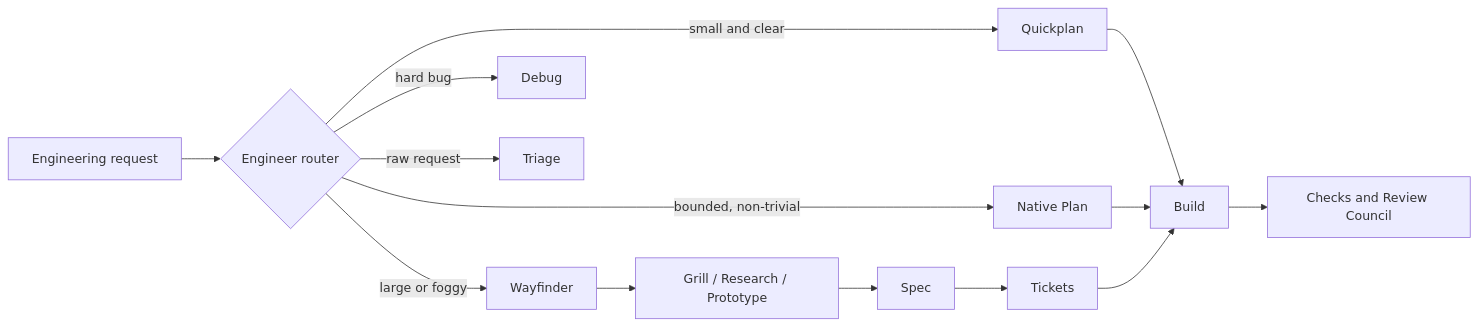
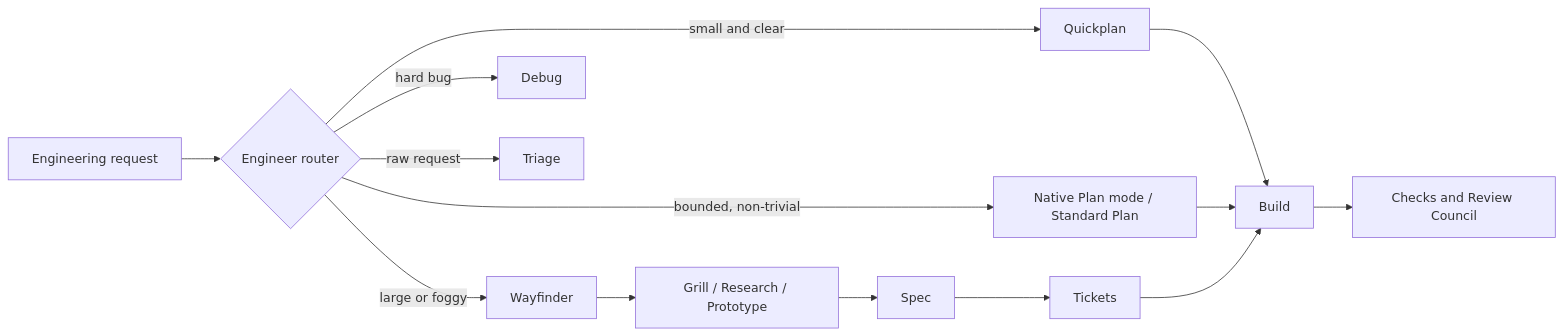
One commit to Mohammed-Moniem/codex-engineering-system changed the diagram in README.md. Above: the diagram before and after it, drawn with Mermaid. The commit also changed other lines of this file and 32 other files, not shown here.

````diff
--- a/README.md
+++ b/README.md
@@ -19,16 +19,16 @@
 ```mermaid
 flowchart LR
     A["Engineering request"] --> R{"Engineer router"}
     R -->|"small and clear"| Q["Quickplan"]
-    R -->|"bounded, non-trivial"| P["Native Plan"]
+    R -->|"bounded, non-trivial"| P["Native Plan mode / Standard Plan"]
     R -->|"large or foggy"| W["Wayfinder"]
     R -->|"hard bug"| D["Debug"]
     R -->|"raw request"| T["Triage"]
     W --> G["Grill / Research / Prototype"]
     G --> S["Spec"]
     Q --> B["Build"]
     P --> B
     S --> K["Tickets"]
     K --> B
     B --> V["Checks and Review Council"]
 ```
````
